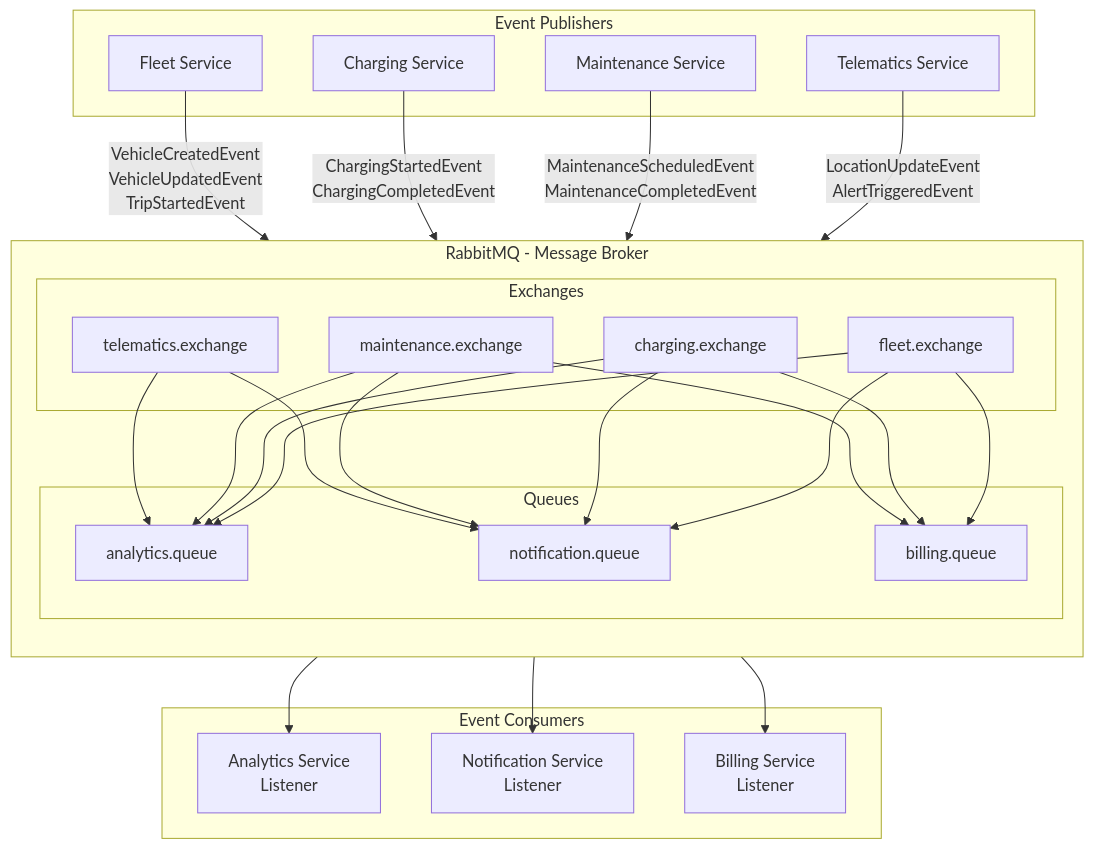
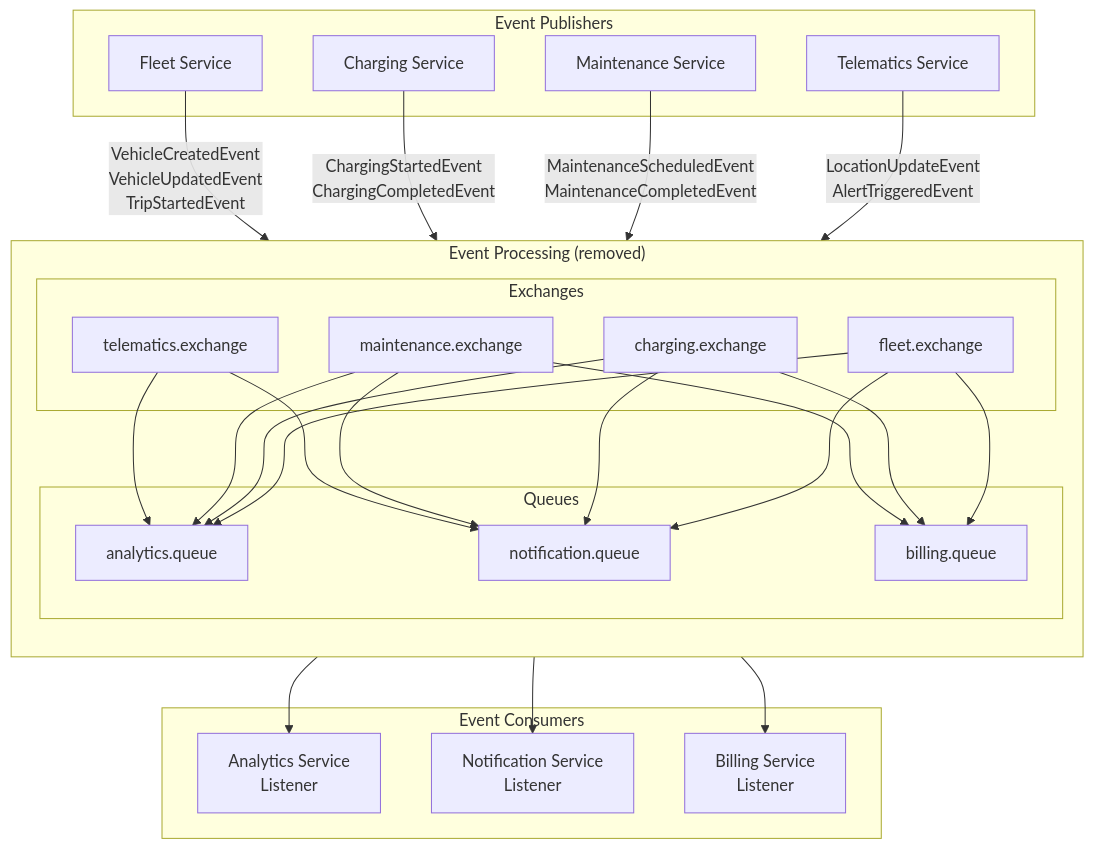
Before and after one commit to ommanoj88/SEV: the eighth of 18 diagrams in docs/ARCHITECTURE/APPLICATION_FLOWCHART.md, drawn with Mermaid. The commit also changed other lines of this file and 37 other files, not shown here.

````diff
--- a/docs/ARCHITECTURE/APPLICATION_FLOWCHART.md
+++ b/docs/ARCHITECTURE/APPLICATION_FLOWCHART.md
@@ -559,56 +559,56 @@
 ```mermaid
 flowchart TB
     subgraph "Event Publishers"
         FLEET_PUB[Fleet Service]
         CHARGE_PUB[Charging Service]
         MAINT_PUB[Maintenance Service]
         TELEM_PUB[Telematics Service]
     end
     
-    subgraph "RabbitMQ - Message Broker"
+    subgraph "Event Processing (removed)"
         direction TB
         
         subgraph "Exchanges"
             FLEET_EX[fleet.exchange]
             CHARGE_EX[charging.exchange]
             MAINT_EX[maintenance.exchange]
             TELEM_EX[telematics.exchange]
         end
         
         subgraph "Queues"
             ANALYTICS_Q[analytics.queue]
             NOTIFY_Q[notification.queue]
             BILLING_Q[billing.queue]
         end
     end
     
     subgraph "Event Consumers"
         ANALYTICS_CONS[Analytics Service<br/>Listener]
         NOTIFY_CONS[Notification Service<br/>Listener]
         BILLING_CONS[Billing Service<br/>Listener]
     end
     
     FLEET_PUB -->|VehicleCreatedEvent<br/>VehicleUpdatedEvent<br/>TripStartedEvent| FLEET_EX
     CHARGE_PUB -->|ChargingStartedEvent<br/>ChargingCompletedEvent| CHARGE_EX
     MAINT_PUB -->|MaintenanceScheduledEvent<br/>MaintenanceCompletedEvent| MAINT_EX
     TELEM_PUB -->|LocationUpdateEvent<br/>AlertTriggeredEvent| TELEM_EX
     
     FLEET_EX --> ANALYTICS_Q
     FLEET_EX --> NOTIFY_Q
     FLEET_EX --> BILLING_Q
     
     CHARGE_EX --> ANALYTICS_Q
     CHARGE_EX --> NOTIFY_Q
     CHARGE_EX --> BILLING_Q
     
     MAINT_EX --> ANALYTICS_Q
     MAINT_EX --> NOTIFY_Q
     MAINT_EX --> BILLING_Q
     
     TELEM_EX --> ANALYTICS_Q
     TELEM_EX --> NOTIFY_Q
     
     ANALYTICS_Q --> ANALYTICS_CONS
     NOTIFY_Q --> NOTIFY_CONS
     BILLING_Q --> BILLING_CONS
 ```
````
